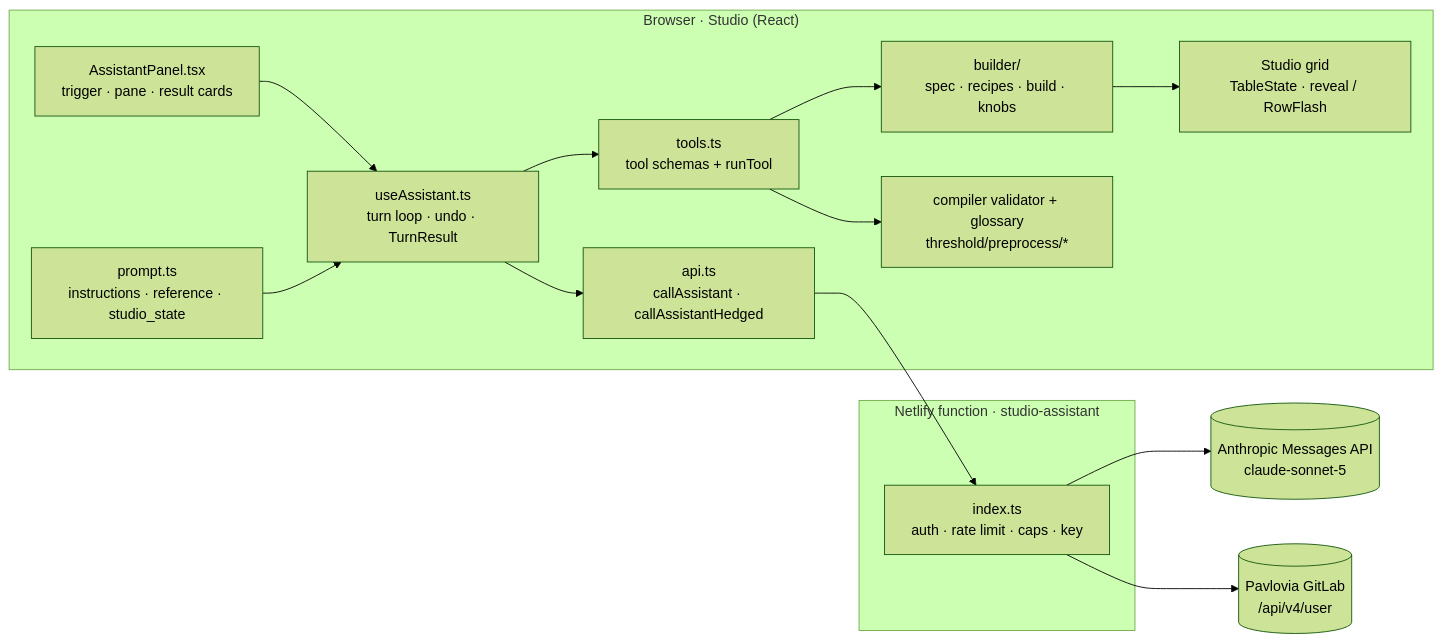
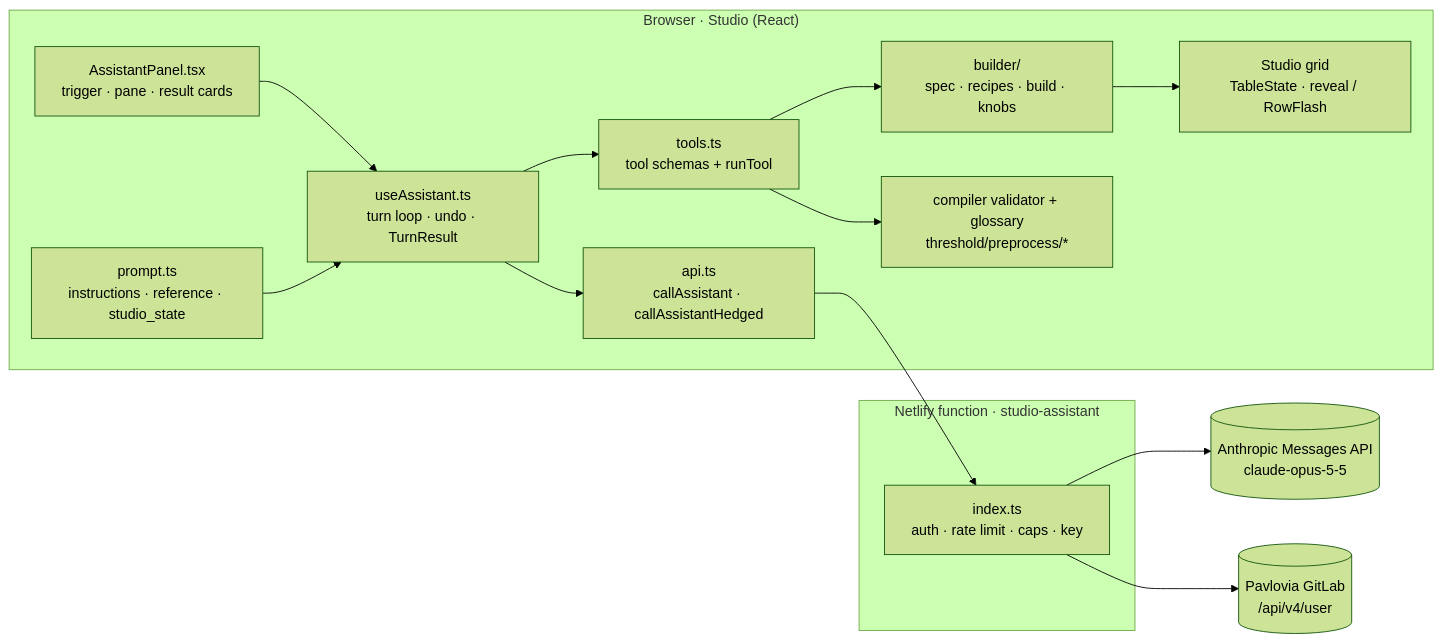
The first of 2 diagrams in source/studio/assistant/ARCHITECTURE.md (EasyEyes/threshold-scientist), drawn with Mermaid (forest theme) before and after one commit. The commit also changed other lines of this file and 10 other files, not shown here.

Commit message:
model and quality enhancements to studio assistants architecture + strict tool use + typed knob arguments

````diff
--- a/source/studio/assistant/ARCHITECTURE.md
+++ b/source/studio/assistant/ARCHITECTURE.md
@@ -49,24 +49,24 @@
 ```mermaid
 flowchart LR
   subgraph Browser["Browser · Studio (React)"]
     UI[AssistantPanel.tsx<br/>trigger · pane · result cards]
     Hook[useAssistant.ts<br/>turn loop · undo · TurnResult]
     Tools[tools.ts<br/>tool schemas + runTool]
     Prompt[prompt.ts<br/>instructions · reference · studio_state]
     Api[api.ts<br/>callAssistant · callAssistantHedged]
     Builder[builder/<br/>spec · recipes · build · knobs]
     Grid[Studio grid<br/>TableState · reveal / RowFlash]
     Validator[compiler validator + glossary<br/>threshold/preprocess/*]
   end
   subgraph Netlify["Netlify function · studio-assistant"]
     Relay[index.ts<br/>auth · rate limit · caps · key]
   end
-  Anthropic[(Anthropic Messages API<br/>claude-sonnet-5)]
+  Anthropic[(Anthropic Messages API<br/>claude-opus-5-5)]
   GitLab[(Pavlovia GitLab<br/>/api/v4/user)]
 
   UI --> Hook --> Api --> Relay --> Anthropic
   Relay --> GitLab
   Hook --> Tools --> Builder --> Grid
   Tools --> Validator
   Prompt --> Hook
 ```
````
